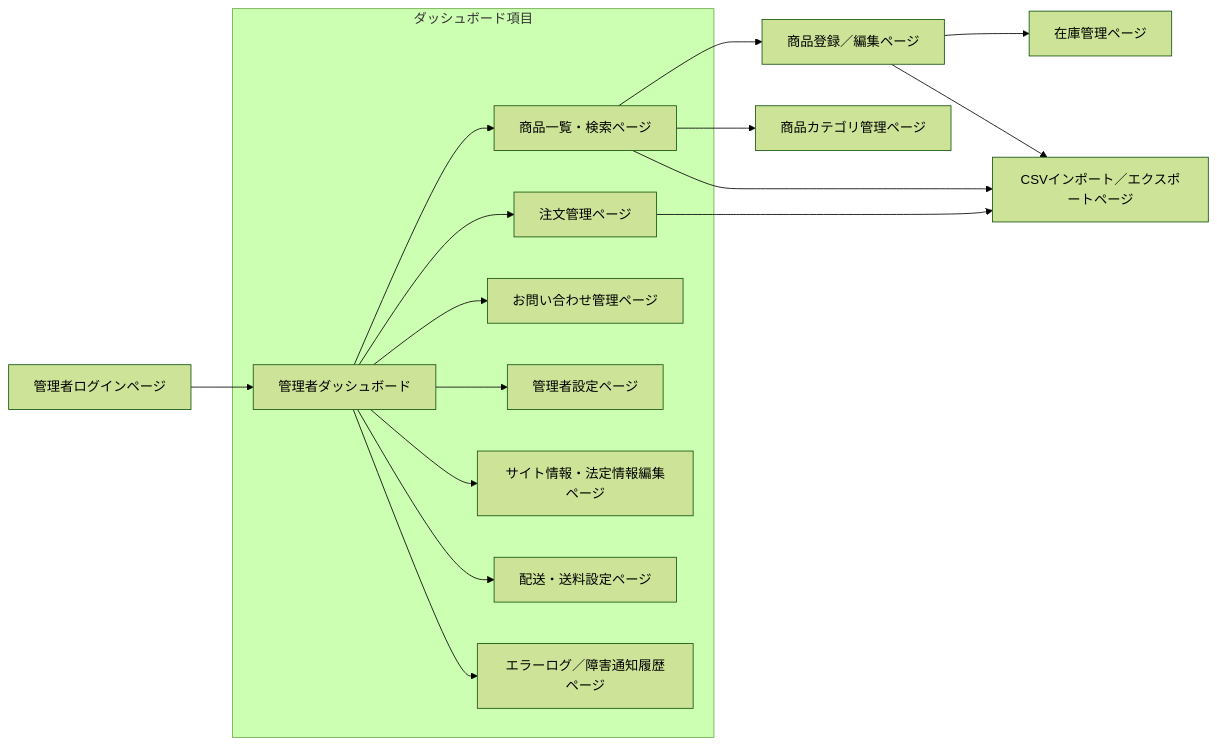
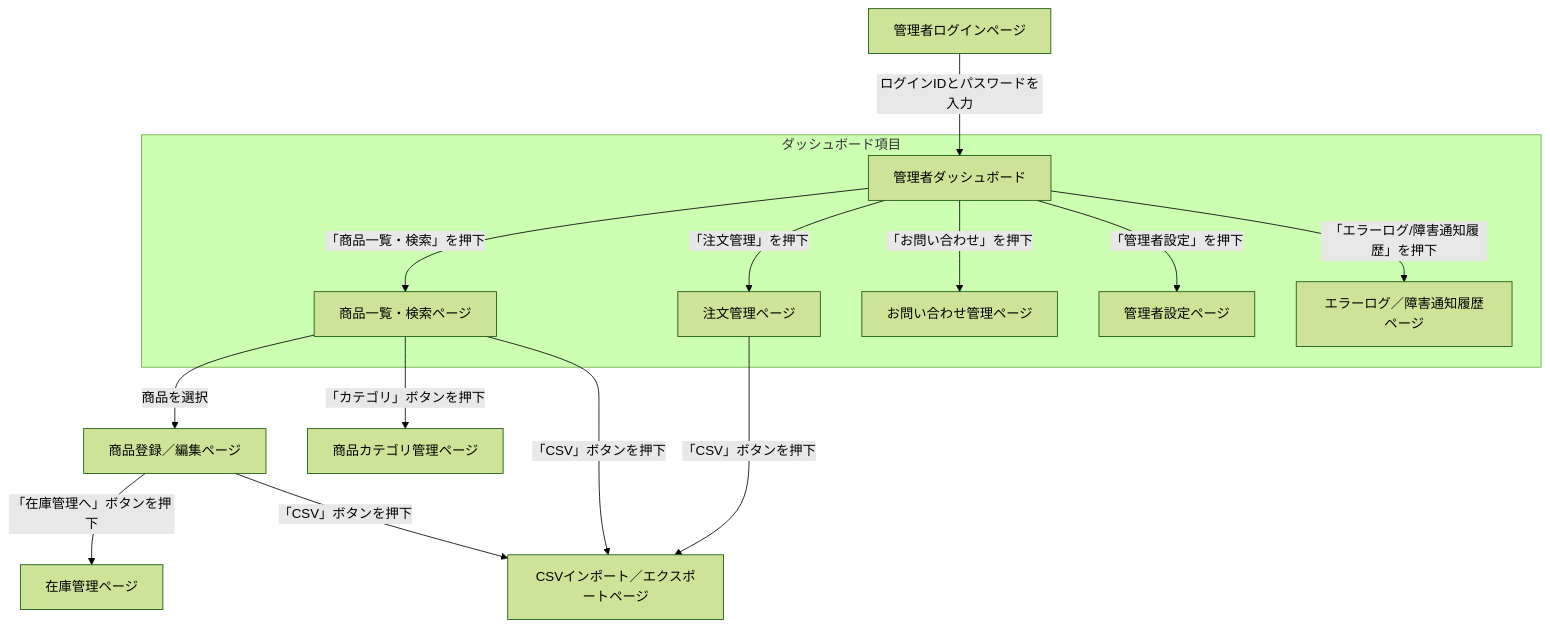
The sixth of 7 diagrams in 基本設計/提出用/基本設計書.md (Aoi-Yaegashi/teamF), drawn with Mermaid (forest theme) before and after one commit. The commit also changed other lines of this file, not shown here.

````diff
--- a/基本設計/提出用/基本設計書.md
+++ b/基本設計/提出用/基本設計書.md
@@ -414,35 +432,29 @@
 ```mermaid
-graph LR
+graph TD
 
 %% ログイン
-A01[管理者ログインページ] --> A02[管理者ダッシュボード]
+A01[管理者ログインページ] -->|ログインIDとパスワードを入力| A02[管理者ダッシュボード]
 
 subgraph ダッシュボード項目
 %% ダッシュボードからの遷移
-A02 --> A03[商品一覧・検索ページ]
-A02 --> A06[注文管理ページ]
-A02 --> A11[お問い合わせ管理ページ]
-A02 --> A12[管理者設定ページ]
-
-%%% サイト・法定情報関連
-A02 --> A09[サイト情報・法定情報編集ページ]
-
-%%% 配送設定
-A02 --> A08[配送・送料設定ページ]
+A02 -->|「商品一覧・検索」を押下| A03[商品一覧・検索ページ]
+A02 -->|「注文管理」を押下| A06[注文管理ページ]
+A02 -->|「お問い合わせ」を押下| A11[お問い合わせ管理ページ]
+A02 -->|「管理者設定」を押下| A12[管理者設定ページ]
 
 %%% 管理者設定など
-A02 --> A13[エラーログ／障害通知履歴ページ]
+A02 -->|「エラーログ/障害通知履歴」を押下| A13[エラーログ／障害通知履歴ページ]
 end
 
 %% 商品関連
-A03 --> A04[商品登録／編集ページ]
-A04 --> A07[在庫管理ページ]
-A03 --> A05[商品カテゴリ管理ページ]
-A03 --> A10[CSVインポート／エクスポートページ]
+A03 -->|商品を選択| A04[商品登録／編集ページ]
+A04 -->|「在庫管理へ」ボタンを押下| A07[在庫管理ページ]
+A03 -->|「カテゴリ」ボタンを押下| A05[商品カテゴリ管理ページ]
+A03 -->|「CSV」ボタンを押下| A10[CSVインポート／エクスポートページ]
 
 %% 注文管理
-A06 --> A10
+A06 -->|「CSV」ボタンを押下| A10
 
 %% CSV関連（商品/注文から遷移可能）
-A04 --> A10
+A04 -->|「CSV」ボタンを押下| A10
 ```
````
